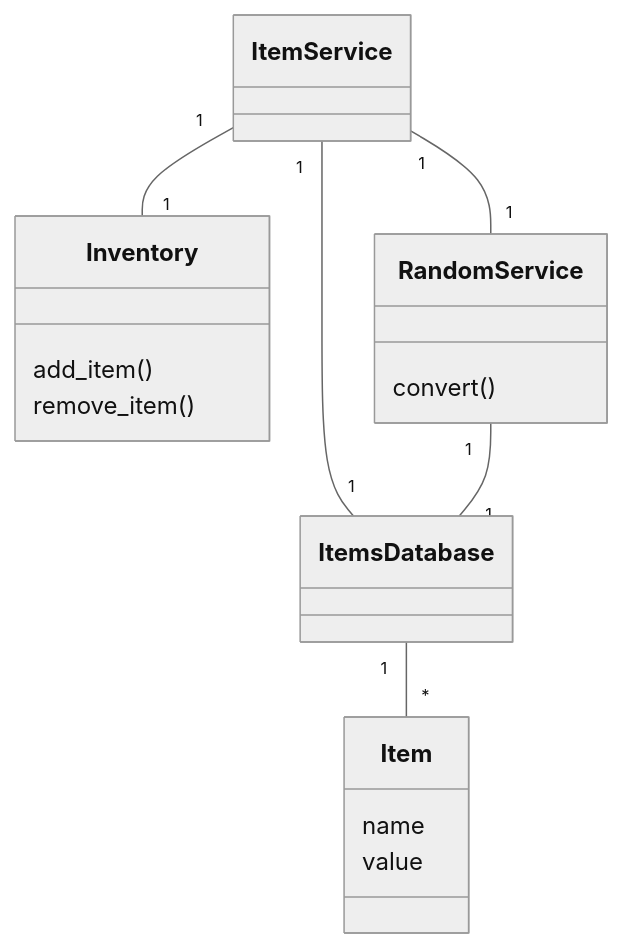
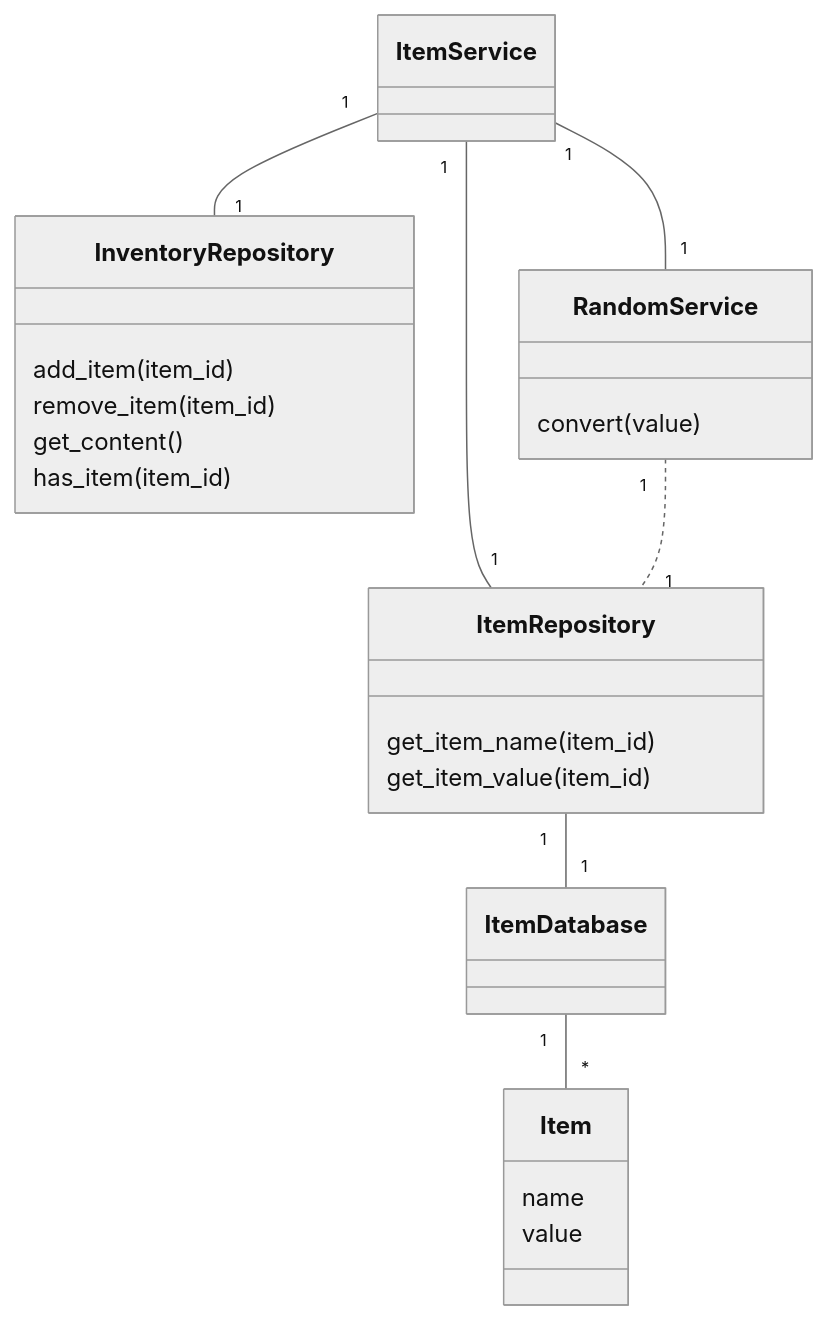
Before and after one commit to Joni23452/ot-harjoitustyo: the first of 2 diagrams in dokumentaatio/arkkitehtuuri.md, drawn with Mermaid (neutral theme). The commit also changed other lines of this file, not shown here.

Commit message:
Paivitetty luokkakaavio

````diff
--- a/dokumentaatio/arkkitehtuuri.md
+++ b/dokumentaatio/arkkitehtuuri.md
@@ -2,21 +2,26 @@
 ```mermaid
  classDiagram
-    ItemService "1" -- "1" ItemsDatabase
-    ItemService "1" -- "1" Inventory
-    ItemsDatabase "1" -- "*" Item
+    ItemService "1" -- "1" ItemRepository
+    ItemService "1" -- "1" InventoryRepository
+    ItemRepository "1" -- "1" ItemDatabase
+    ItemDatabase "1" -- "*" Item
     ItemService "1" -- "1" RandomService
-    RandomService "1" -- "1" ItemsDatabase
+    RandomService "1" .. "1" ItemRepository
     class Item{
         name
         value
     }
-    class ItemsDatabase{
+    class ItemRepository{
+        get_item_name(item_id)
+        get_item_value(item_id)
     }
     class RandomService{
-        convert()
+        convert(value)
     }
-    class Inventory{
-        add_item()
-        remove_item()
+    class InventoryRepository{
+        add_item(item_id)
+        remove_item(item_id)
+        get_content()
+        has_item(item_id)
     }
 ```
````
